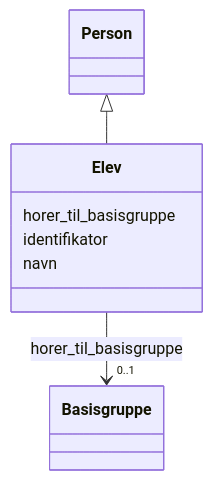
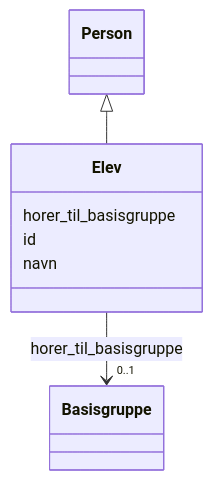
Before and after one commit to brreg/linkml-w3c-no-profiles: the diagram in mkdocs/docs/samt/samt-bu/klasser/elev.md, drawn with Mermaid. The commit also changed other lines of this file and 541 other files, not shown here.

````diff
--- a/mkdocs/docs/samt/samt-bu/klasser/elev.md
+++ b/mkdocs/docs/samt/samt-bu/klasser/elev.md
@@ -18,24 +18,24 @@
 ```mermaid
  classDiagram
     class Elev
     click Elev href "../Elev/"
       Person <|-- Elev
         click Person href "../Person/"
       
       Elev : horer_til_basisgruppe
         
           
     
         
         
         Elev --> "0..1" Basisgruppe : horer_til_basisgruppe
         click Basisgruppe href "../Basisgruppe/"
     
 
         
-      Elev : identifikator
+      Elev : id
         
       Elev : navn
         
       
 ```
````
